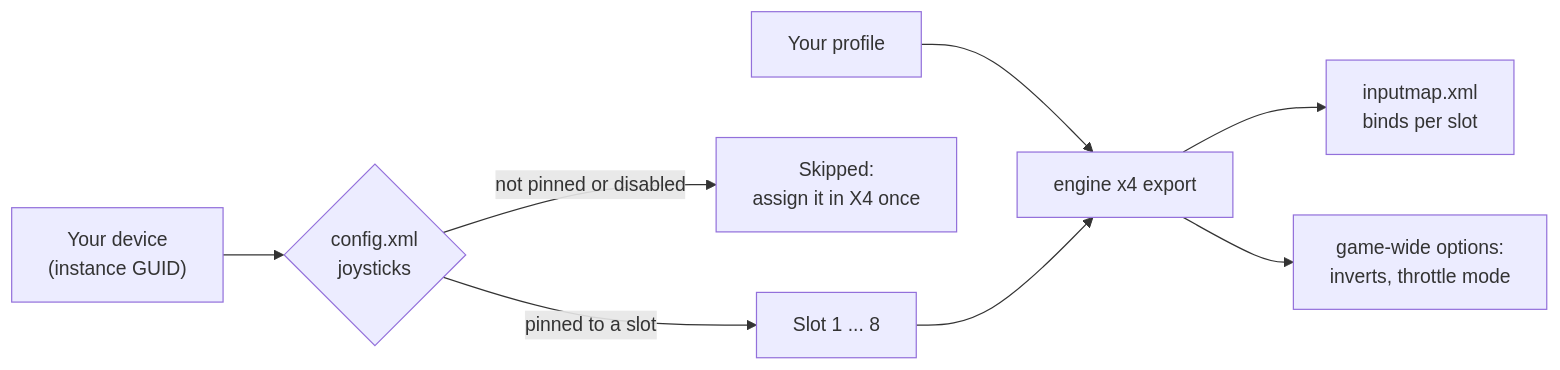
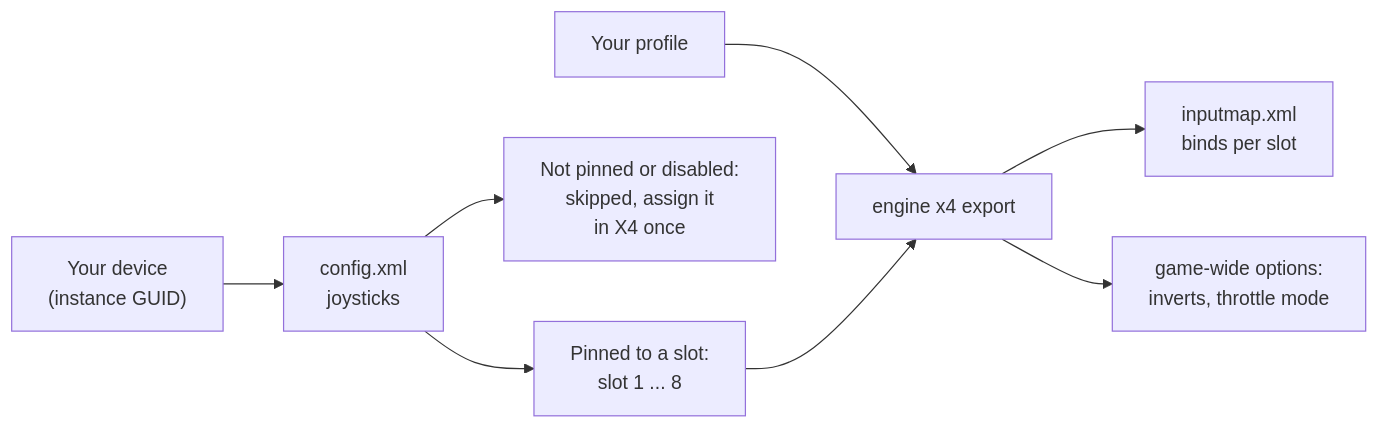
The diagram in website/content/games/x4.md (Holdi601/JoystickProfiler2), drawn with Mermaid before and after one commit. The commit also changed other lines of this file and 718 other files, not shown here.

````diff
--- a/website/content/games/x4.md
+++ b/website/content/games/x4.md
@@ -20,10 +166,11 @@
 ```mermaid
+%% caption: X4 names a joystick by its slot. A device without a fixed slot is skipped.
 flowchart LR
-  D["Your device<br/>(instance GUID)"] --> C{"config.xml<br/>joysticks"}
-  C -->|"pinned to a slot"| S["Slot 1 ... 8"]
-  C -->|"not pinned or disabled"| K["Skipped:<br/>assign it in X4 once"]
+  D["Your device<br/>(instance GUID)"] --> C["config.xml<br/>joysticks"]
+  C --> S["Pinned to a slot:<br/>slot 1 ... 8"]
+  C --> K["Not pinned or disabled:<br/>skipped, assign it<br/>in X4 once"]
   P["Your profile"] --> E["engine x4 export"]
   S --> E
   E --> I["inputmap.xml<br/>binds per slot"]
   E --> O["game-wide options:<br/>inverts, throttle mode"]
 ```
````
